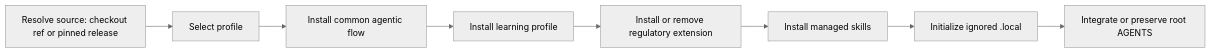
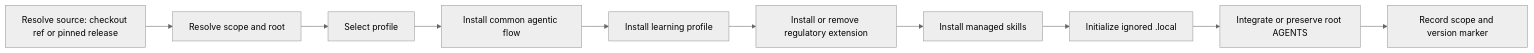
One commit to legrab/codebase-learning-flow changed the first of 2 diagrams in scripts/README.md. Above: the diagram before and after it, drawn with Mermaid (neutral theme). The commit also changed other lines of this file and 41 other files, not shown here.

````diff
--- a/scripts/README.md
+++ b/scripts/README.md
@@ -16,10 +16,12 @@
 ```mermaid
 flowchart LR
-    D[Resolve source: checkout ref or pinned release] --> P[Select profile]
+    D[Resolve source: checkout ref or pinned release] --> Sc[Resolve scope and root]
+    Sc --> P[Select profile]
     P --> C[Install common agentic flow]
     C --> L[Install learning profile]
     L --> Ext[Install or remove regulatory extension]
     Ext --> S[Install managed skills]
     S --> X[Initialize ignored .local]
     X --> R[Integrate or preserve root AGENTS]
+    R --> M[Record scope and version marker]
 ```
````
